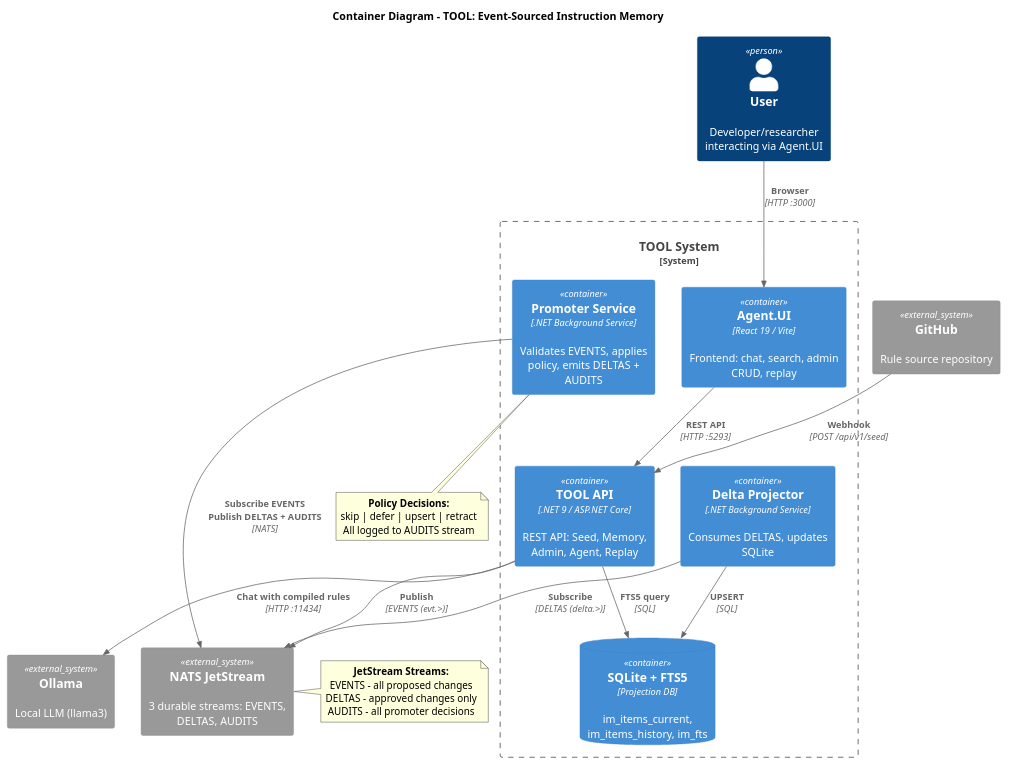
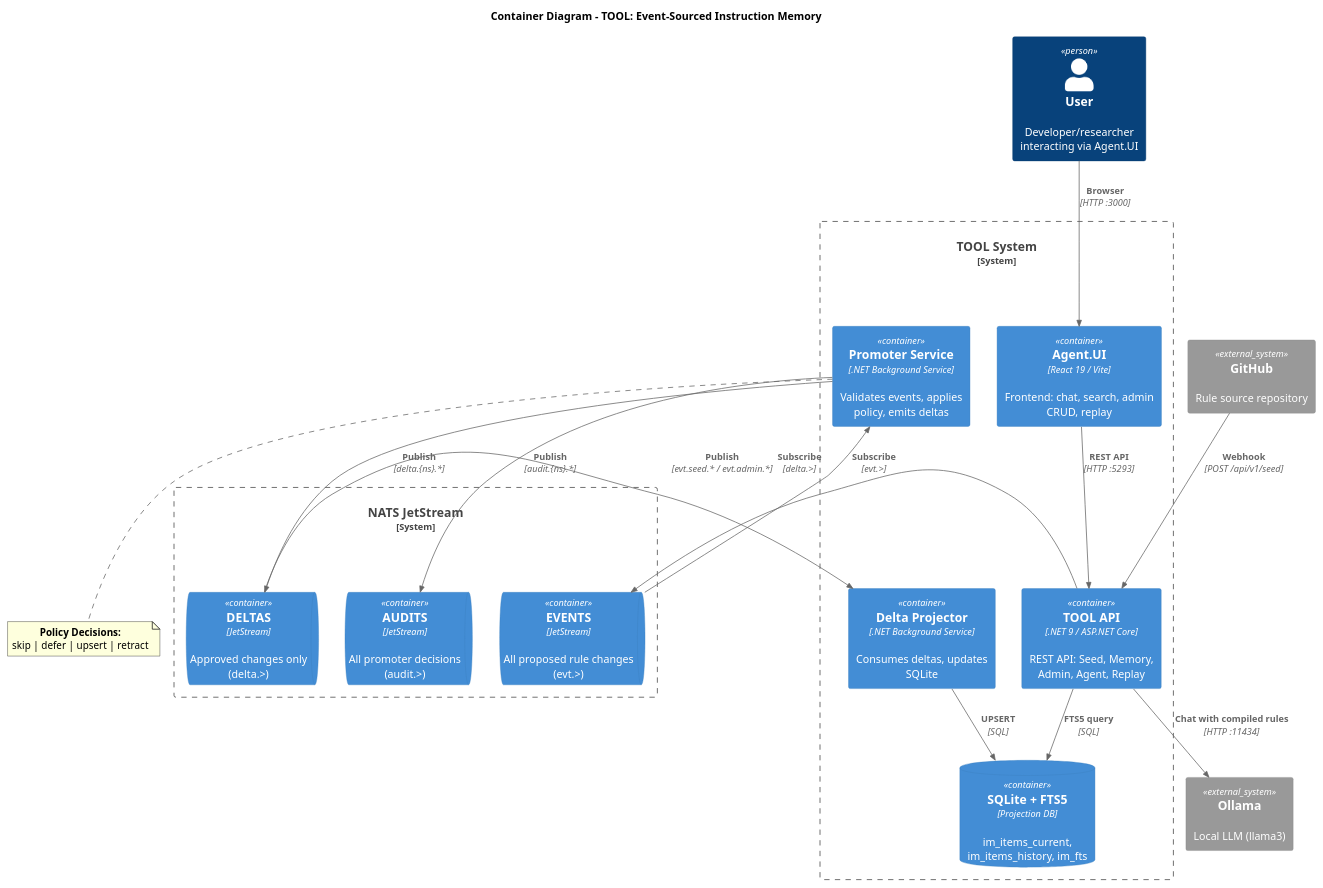
The diagram in diagrams/c4_2_container.puml (ravvnen/TOOL), drawn with PlantUML before and after one commit.

Commit message:
Fix C4 Container: show complete event flow and separate streams
- Added missing flow: EVENTS → Promoter → DELTAS/AUDITS → Projector
- Separated NATS into 3 distinct stream containers for clarity
- Shows full event sourcing pipeline visually

```diff
--- a/diagrams/c4_2_container.puml
+++ b/diagrams/c4_2_container.puml
@@ -1,45 +1,51 @@
 @startuml C4_Container
 !include https://raw.githubusercontent.com/plantuml-stdlib/C4-PlantUML/master/C4_Container.puml
 
 title Container Diagram - TOOL: Event-Sourced Instruction Memory
 
 Person(user, "User", "Developer/researcher interacting via Agent.UI")
 
 System_Boundary(tool, "TOOL System") {
     Container(ui, "Agent.UI", "React 19 / Vite", "Frontend: chat, search, admin CRUD, replay")
     Container(api, "TOOL API", ".NET 9 / ASP.NET Core", "REST API: Seed, Memory, Admin, Agent, Replay")
-    Container(promoter, "Promoter Service", ".NET Background Service", "Validates EVENTS, applies policy, emits DELTAS + AUDITS")
-    Container(projector, "Delta Projector", ".NET Background Service", "Consumes DELTAS, updates SQLite")
+    Container(promoter, "Promoter Service", ".NET Background Service", "Validates events, applies policy, emits deltas")
+    Container(projector, "Delta Projector", ".NET Background Service", "Consumes deltas, updates SQLite")
     ContainerDb(sqlite, "SQLite + FTS5", "Projection DB", "im_items_current, im_items_history, im_fts")
 }
 
-System_Ext(nats, "NATS JetStream", "3 durable streams: EVENTS, DELTAS, AUDITS")
+System_Boundary(nats, "NATS JetStream") {
+    ContainerQueue(events, "EVENTS", "JetStream", "All proposed rule changes (evt.>)")
+    ContainerQueue(deltas, "DELTAS", "JetStream", "Approved changes only (delta.>)")
+    ContainerQueue(audits, "AUDITS", "JetStream", "All promoter decisions (audit.>)")
+}
+
 System_Ext(github, "GitHub", "Rule source repository")
 System_Ext(ollama, "Ollama", "Local LLM (llama3)")
 
+' User flow
 Rel(user, ui, "Browser", "HTTP :3000")
 Rel(ui, api, "REST API", "HTTP :5293")
+
+' LLM flow
 Rel(api, ollama, "Chat with compiled rules", "HTTP :11434")
 
+' GitHub webhook
 Rel(github, api, "Webhook", "POST /api/v1/seed")
 
-Rel(api, nats, "Publish", "EVENTS (evt.>)")
-Rel(promoter, nats, "Subscribe EVENTS\nPublish DELTAS + AUDITS", "NATS")
-Rel(projector, nats, "Subscribe", "DELTAS (delta.>)")
+' Event sourcing flow (the key flow!)
+Rel(api, events, "Publish", "evt.seed.* / evt.admin.*")
+Rel(events, promoter, "Subscribe", "evt.>")
+Rel(promoter, deltas, "Publish", "delta.{ns}.*")
+Rel(promoter, audits, "Publish", "audit.{ns}.*")
+Rel(deltas, projector, "Subscribe", "delta.>")
 Rel(projector, sqlite, "UPSERT", "SQL")
+
+' Query flow
 Rel(api, sqlite, "FTS5 query", "SQL")
-
-note right of nats
-  **JetStream Streams:**
-  EVENTS - all proposed changes
-  DELTAS - approved changes only
-  AUDITS - all promoter decisions
-end note
 
 note bottom of promoter
   **Policy Decisions:**
   skip | defer | upsert | retract
-  All logged to AUDITS stream
 end note
 
 @enduml
```
